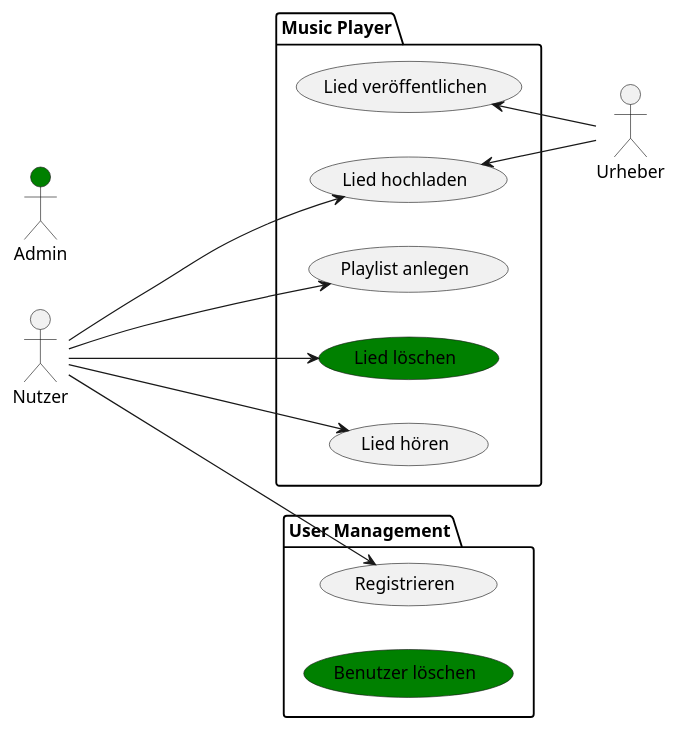
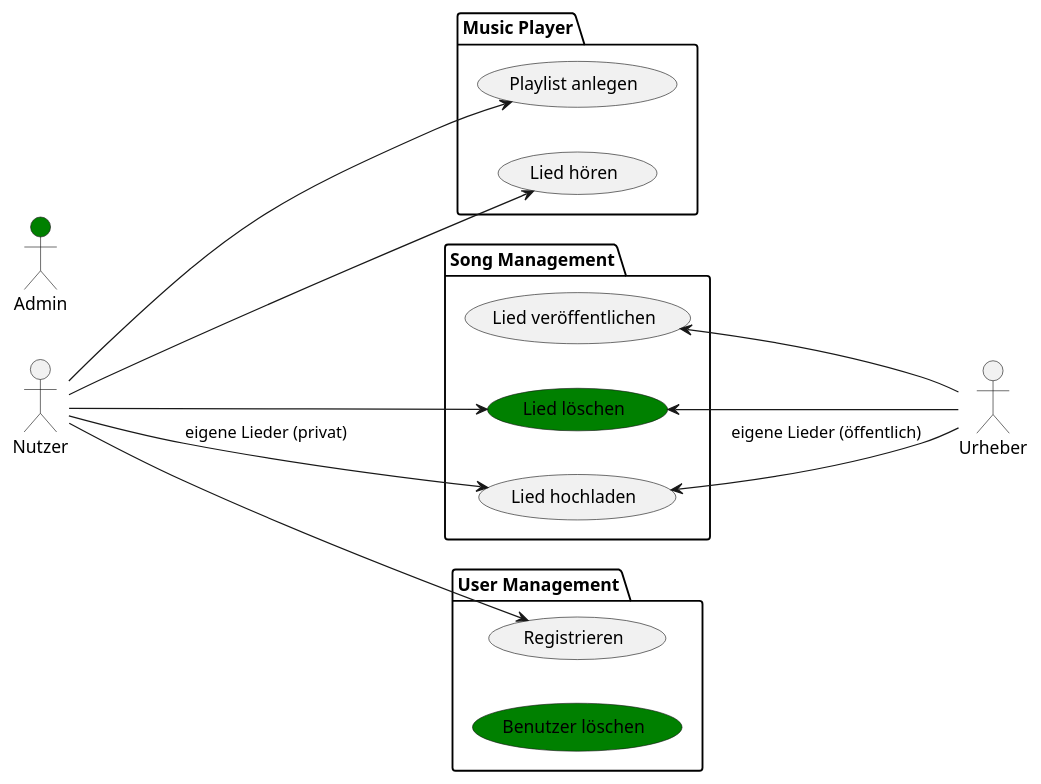
Before and after one commit to buster/acmemusic: the diagram in README.adoc, drawn with PlantUML.

```diff
--- a/README.adoc
+++ b/README.adoc
@@ -59,34 +59,38 @@
 [plantuml, format=svg, opts="inline"]
 ....
 
 left to right direction
 
 actor Nutzer
 actor Urheber
 
 package "Music Player" {
+  usecase "Playlist anlegen"
+  usecase "Lied hören"
+}
+
+package "Song Management" {
   usecase "Lied hochladen"
-  usecase "Playlist anlegen"
   usecase "Lied veröffentlichen"
   usecase "Lied löschen" #green
-  usecase "Lied hören"
 }
 
 package "User Management" {
   usecase "Registrieren"
   usecase "Benutzer löschen" #green
 }
 
 Nutzer ----> "Registrieren"
-Nutzer ----> "Lied hochladen"
+Nutzer ----> "Lied hochladen" : eigene Lieder (privat)
 Nutzer ----> "Playlist anlegen"
 Nutzer ----> "Lied hören"
 Nutzer ----> "Lied löschen"
 
-Urheber -u-> "Lied hochladen"
+Urheber -u-> "Lied hochladen" : eigene Lieder (öffentlich)
+Urheber -u-> "Lied löschen"
 Urheber -u-> "Lied veröffentlichen"
 
 actor Admin #green
 'Admin --> "Benutzer löschen"
 'Admin --> "Lied löschen"
 ....
```
